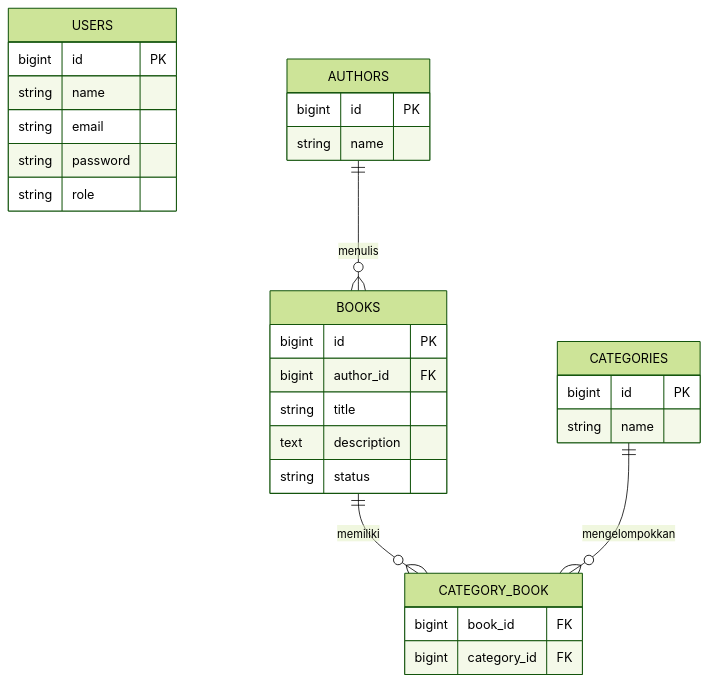
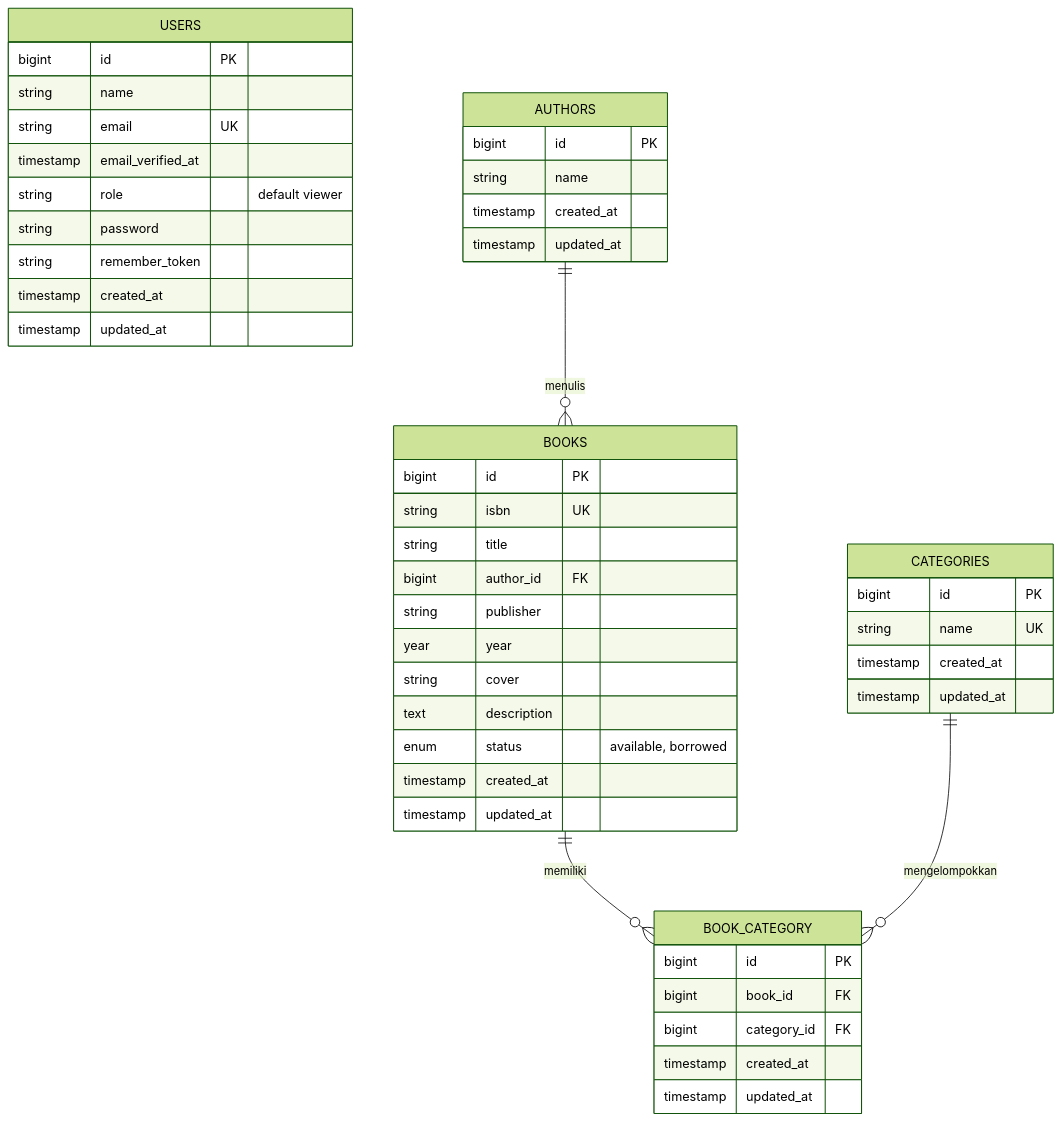
The first of 4 diagrams in 4524210119_Rezka-Talia-Schalsabila_PBW_A/Pertemuan6,7,8/README.md (rezka4524119/4524210119_Rezka-Talia-Schalsabila_PBW_A), drawn with Mermaid (forest theme) before and after one commit. The commit also changed other lines of this file, not shown here.

````diff
--- a/4524210119_Rezka-Talia-Schalsabila_PBW_A/Pertemuan6,7,8/README.md
+++ b/4524210119_Rezka-Talia-Schalsabila_PBW_A/Pertemuan6,7,8/README.md
@@ -473,37 +457,54 @@
 ```mermaid
 erDiagram
     USERS {
         bigint id PK
         string name
-        string email
+        string email UK
+        timestamp email_verified_at
+        string role "default viewer"
         string password
-        string role
+        string remember_token
+        timestamp created_at
+        timestamp updated_at
     }
 
     AUTHORS {
         bigint id PK
         string name
+        timestamp created_at
+        timestamp updated_at
     }
 
     BOOKS {
         bigint id PK
+        string isbn UK
+        string title
         bigint author_id FK
-        string title
+        string publisher
+        year year
+        string cover
         text description
-        string status
+        enum status "available, borrowed"
+        timestamp created_at
+        timestamp updated_at
     }
 
     CATEGORIES {
         bigint id PK
-        string name
+        string name UK
+        timestamp created_at
+        timestamp updated_at
     }
 
-    CATEGORY_BOOK {
+    BOOK_CATEGORY {
+        bigint id PK
         bigint book_id FK
         bigint category_id FK
+        timestamp created_at
+        timestamp updated_at
     }
 
     AUTHORS ||--o{ BOOKS : menulis
-    BOOKS ||--o{ CATEGORY_BOOK : memiliki
-    CATEGORIES ||--o{ CATEGORY_BOOK : mengelompokkan
+    BOOKS ||--o{ BOOK_CATEGORY : memiliki
+    CATEGORIES ||--o{ BOOK_CATEGORY : mengelompokkan
 ```
````
